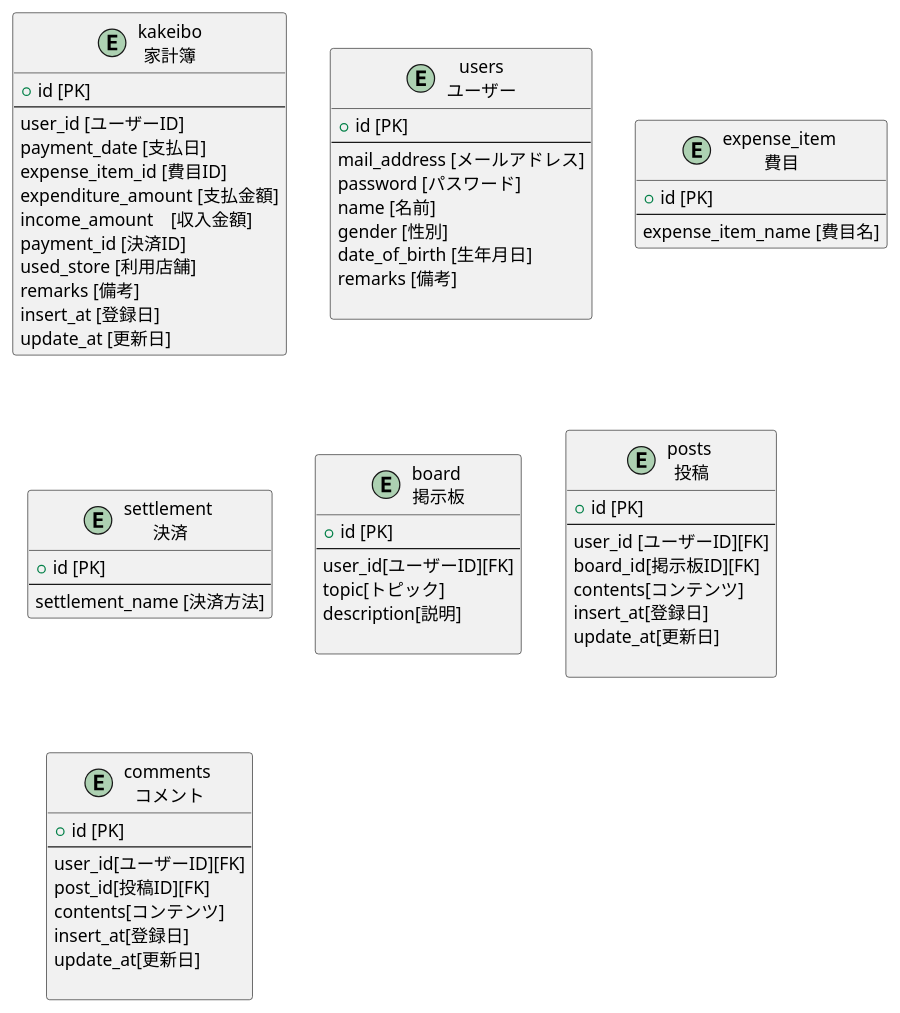
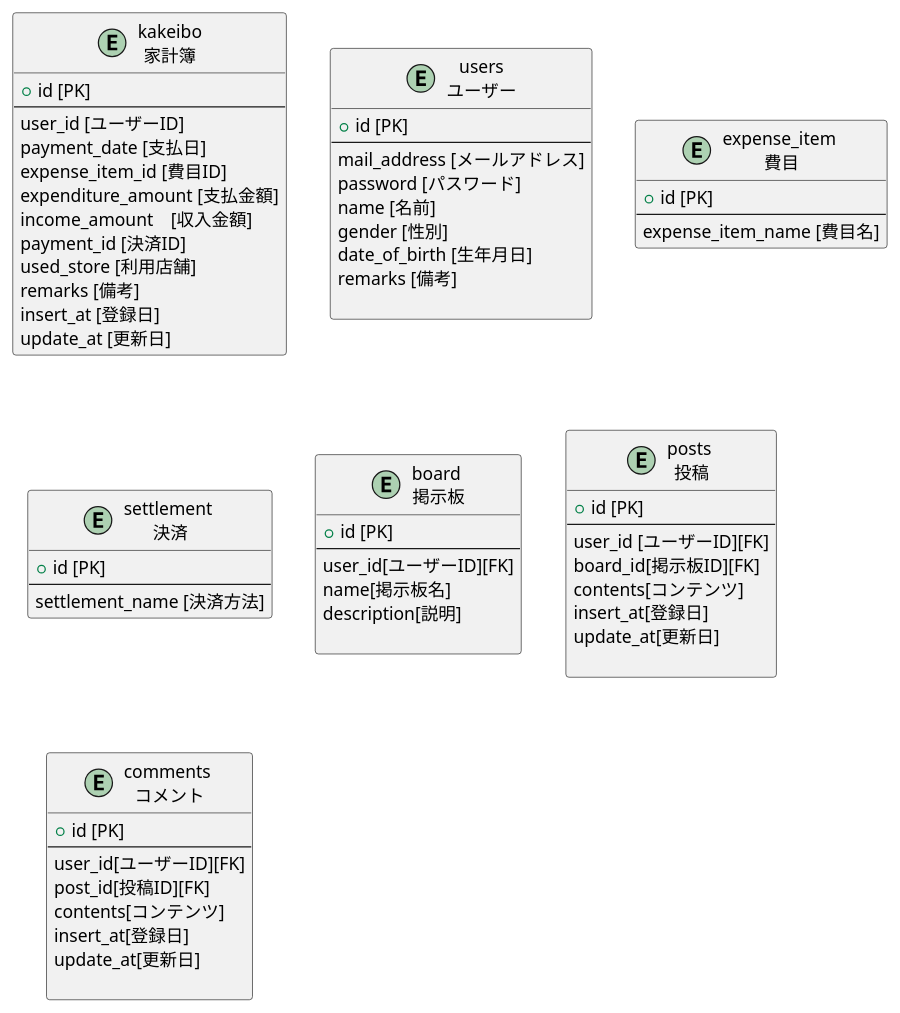
One commit to shinnamie/sns-kakeibo changed the diagram in documents/uml/ER図/tables.pu. Above: the diagram before and after it, drawn with PlantUML. The commit also changed 3 other files, not shown here.

Commit message:
UML図の修正

```diff
--- a/documents/uml/ER図/tables.pu
+++ b/documents/uml/ER図/tables.pu
@@ -1,66 +1,66 @@
 @startuml tables
 entity kakeibo as "kakeibo\n家計簿" {
   + id [PK]
   --
   user_id [ユーザーID]
   payment_date [支払日]
   expense_item_id [費目ID]
   expenditure_amount [支払金額]
   income_amount　[収入金額]
   payment_id [決済ID]
   used_store [利用店舗]
   remarks [備考]
   insert_at [登録日]
   update_at [更新日]
 }
 entity users as "users\nユーザー" {
   + id [PK]
   --
   mail_address [メールアドレス]
   password [パスワード]
   name [名前]
   gender [性別]
   date_of_birth [生年月日]
   remarks [備考]
   
 }
 
 entity expense_item  as "expense_item \n費目" {
   + id [PK]
   --
   expense_item_name [費目名]
 }
 entity settlement  as "settlement \n決済" {
   + id [PK]
   --
   settlement_name [決済方法]
 }
 entity board as  "board \n掲示板"{
   + id [PK]
   --
   user_id[ユーザーID][FK]
-  topic[トピック]
+  name[掲示板名]
   description[説明]
 
 }
 entity posts as  "posts \n投稿"{
   + id [PK]
   --
   user_id [ユーザーID][FK]
   board_id[掲示板ID][FK]
   contents[コンテンツ]
   insert_at[登録日]
   update_at[更新日]
 
 }
 entity comments as  "comments \nコメント"{
   + id [PK]
   --
   user_id[ユーザーID][FK]
   post_id[投稿ID][FK]
   contents[コンテンツ]
   insert_at[登録日]
   update_at[更新日]
 
 }
 @enduml
```
